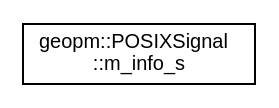
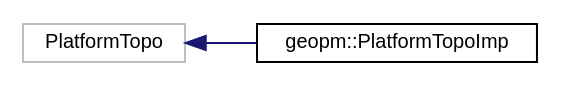
One commit to geopm/geopm.github.io changed the diagram in geopm-service-dox/inherit_graph_23.dot. Above: the diagram before and after it, drawn with Graphviz. The commit also changed 1083 other files, not shown here.

```diff
--- a/geopm-service-dox/inherit_graph_23.dot
+++ b/geopm-service-dox/inherit_graph_23.dot
@@ -1,8 +1,10 @@
 digraph "Graphical Class Hierarchy"
 {
  // LATEX_PDF_SIZE
   edge [fontname="Helvetica",fontsize="10",labelfontname="Helvetica",labelfontsize="10"];
   node [fontname="Helvetica",fontsize="10",shape=record];
   rankdir="LR";
-  Node0 [label="geopm::POSIXSignal\l::m_info_s",height=0.2,width=0.4,color="black", fillcolor="white", style="filled",URL="$structgeopm_1_1_p_o_s_i_x_signal_1_1m__info__s.html",tooltip="Reduced information set from siginfo_t struct defined in signal.h."];
+  Node94 [label="PlatformTopo",height=0.2,width=0.4,color="grey75", fillcolor="white", style="filled",tooltip=" "];
+  Node94 -> Node0 [dir="back",color="midnightblue",fontsize="10",style="solid",fontname="Helvetica"];
+  Node0 [label="geopm::PlatformTopoImp",height=0.2,width=0.4,color="black", fillcolor="white", style="filled",URL="$classgeopm_1_1_platform_topo_imp.html",tooltip=" "];
 }
```
